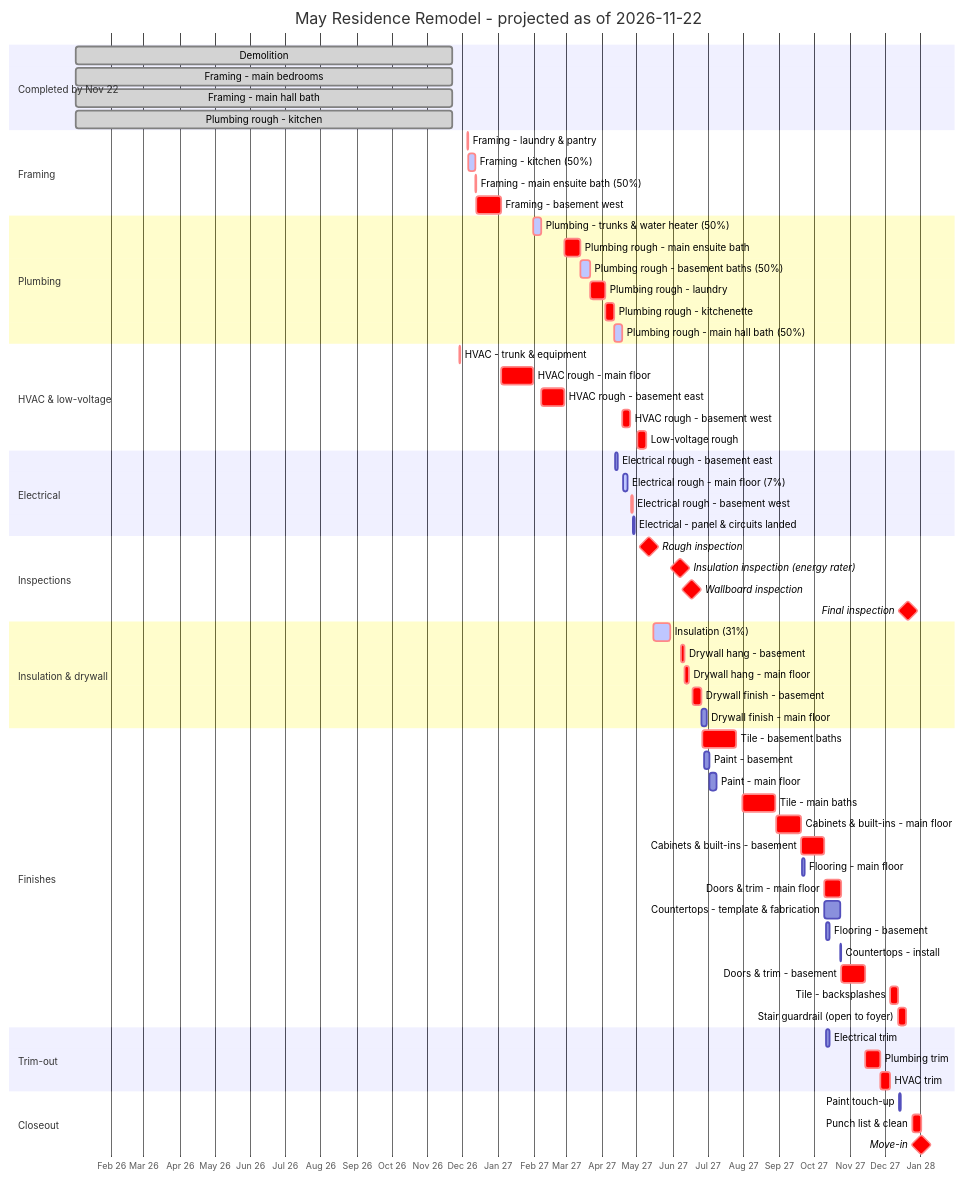
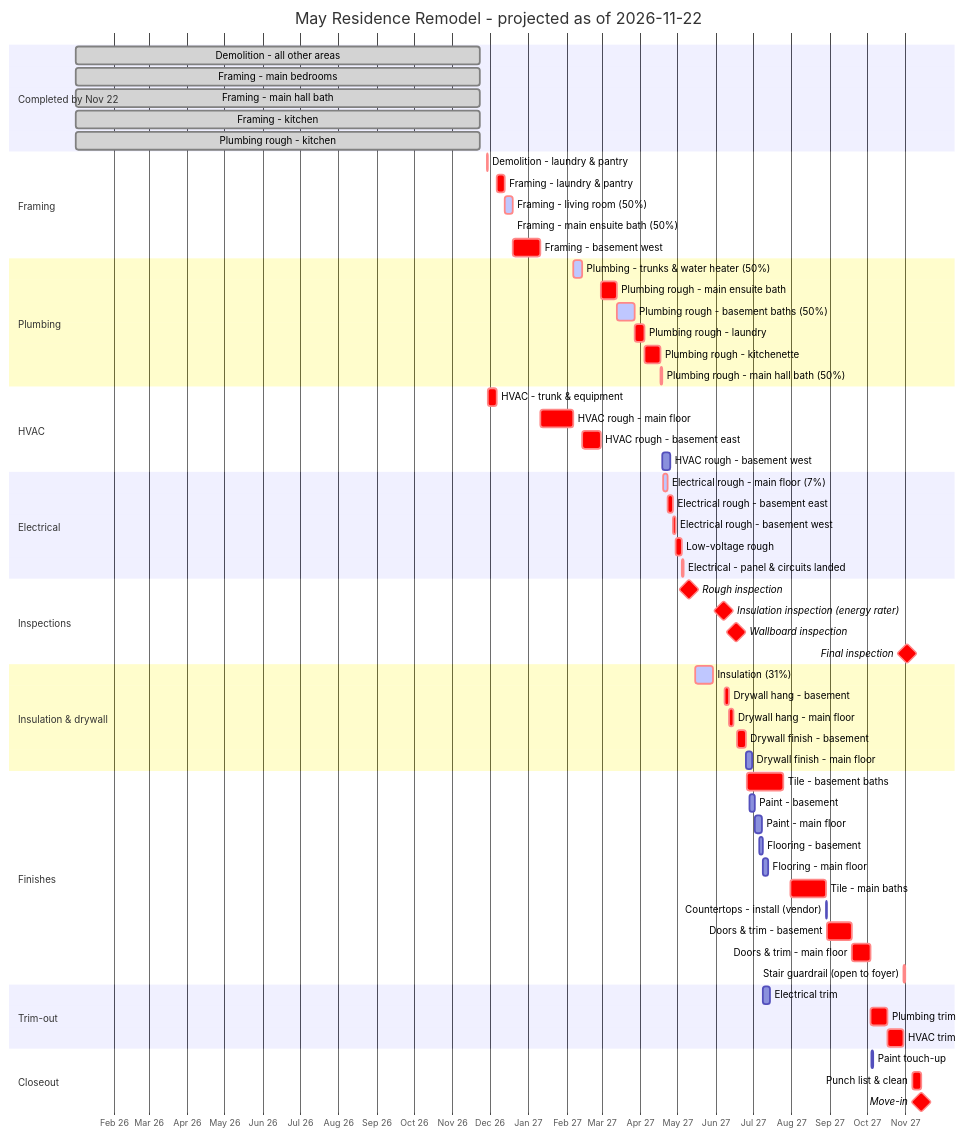
One commit to jsharkey/billings changed the diagram in SCHEDULE.md. Above: the diagram before and after it, drawn with Mermaid. The commit also changed other lines of this file and 3 other files, not shown here.

First line of the commit message:
Rescope: laundry demo, living room framing, low-voltage to electrician

````diff
--- a/SCHEDULE.md
+++ b/SCHEDULE.md
@@ -17,70 +17,68 @@
 ```mermaid
 gantt
     title May Residence Remodel - projected as of 2026-11-22
     dateFormat YYYY-MM-DD HH:mm
     axisFormat %b %y
     tickInterval 1month
     todayMarker off
     section Completed by Nov 22
-    Demolition :done, demo_all, 2026-01-01 08:00, 2026-11-22 16:00
+    Demolition - all other areas :done, demo_all, 2026-01-01 08:00, 2026-11-22 16:00
     Framing - main bedrooms :done, fram_main_beds, 2026-01-01 08:00, 2026-11-22 16:00
     Framing - main hall bath :done, fram_main_n_bath, 2026-01-01 08:00, 2026-11-22 16:00
+    Framing - kitchen :done, fram_main_kitchen, 2026-01-01 08:00, 2026-11-22 16:00
     Plumbing rough - kitchen :done, plum_main_kitchen, 2026-01-01 08:00, 2026-11-22 16:00
     section Framing
-    Framing - laundry & pantry :crit, fram_main_laundry, 2026-12-05 08:00, 2026-12-06 14:00
-    Framing - kitchen (50%) :active, crit, fram_main_kitchen, 2026-12-06 14:00, 2026-12-12 14:24
-    Framing - main ensuite bath (50%) :active, crit, fram_main_s_bath, 2026-12-12 14:24, 2026-12-13 12:00
-    Framing - basement west :crit, fram_bsmt_west, 2026-12-13 12:00, 2027-01-03 15:48
+    Demolition - laundry & pantry :crit, demo_main_laundry, 2026-11-28 08:00, 2026-11-29 10:00
+    Framing - laundry & pantry :crit, fram_main_laundry, 2026-12-06 10:00, 2026-12-12 16:00
+    Framing - living room (50%) :active, crit, fram_main_living, 2026-12-13 08:00, 2026-12-19 08:24
+    Framing - main ensuite bath (50%) :active, crit, fram_main_s_bath, 2026-12-19 08:24, 2026-12-19 14:00
+    Framing - basement west :crit, fram_bsmt_west, 2026-12-19 14:00, 2027-01-10 09:48
     section Plumbing
-    Plumbing - trunks & water heater (50%) :active, crit, plum_house, 2027-01-31 15:48, 2027-02-07 11:48
-    Plumbing rough - main ensuite bath :crit, plum_main_s_bath, 2027-02-27 11:48, 2027-03-13 09:48
-    Plumbing rough - basement baths (50%) :active, crit, plum_bsmt_baths, 2027-03-13 09:48, 2027-03-21 15:48
-    Plumbing rough - laundry :crit, plum_main_laundry, 2027-03-21 15:48, 2027-04-03 13:48
-    Plumbing rough - kitchenette :crit, plum_bsmt_kitchenette, 2027-04-03 13:48, 2027-04-11 11:48
-    Plumbing rough - main hall bath (50%) :active, crit, plum_main_n_bath, 2027-04-11 11:48, 2027-04-18 08:48
-    section HVAC & low-voltage
-    HVAC - trunk & equipment :crit, hvac_house, 2026-11-28 08:00, 2026-11-29 16:00
-    HVAC rough - main floor :crit, hvac_main, 2027-01-03 15:48, 2027-01-31 15:48
-    HVAC rough - basement east :crit, hvac_bsmt_east, 2027-02-07 11:48, 2027-02-27 11:48
-    HVAC rough - basement west :crit, hvac_bsmt_west, 2027-04-18 08:48, 2027-04-25 12:48
-    Low-voltage rough :crit, lowv_all, 2027-05-01 08:00, 2027-05-09 10:00
+    Plumbing - trunks & water heater (50%) :active, crit, plum_house, 2027-02-06 13:48, 2027-02-13 09:48
+    Plumbing rough - main ensuite bath :crit, plum_main_s_bath, 2027-02-28 09:48, 2027-03-13 15:48
+    Plumbing rough - basement baths (50%) :active, crit, plum_bsmt_baths, 2027-03-13 15:48, 2027-03-27 13:48
+    Plumbing rough - laundry :crit, plum_main_laundry, 2027-03-27 13:48, 2027-04-04 11:48
+    Plumbing rough - kitchenette :crit, plum_bsmt_kitchenette, 2027-04-04 11:48, 2027-04-17 09:48
+    Plumbing rough - main hall bath (50%) :active, crit, plum_main_n_bath, 2027-04-17 09:48, 2027-04-18 14:48
+    section HVAC
+    HVAC - trunk & equipment :crit, hvac_house, 2026-11-29 10:00, 2026-12-06 10:00
+    HVAC rough - main floor :crit, hvac_main, 2027-01-10 09:48, 2027-02-06 13:48
+    HVAC rough - basement east :crit, hvac_bsmt_east, 2027-02-13 09:48, 2027-02-28 09:48
+    HVAC rough - basement west :hvac_bsmt_west, 2027-04-18 14:48, 2027-04-25 14:48
     section Electrical
-    Electrical rough - basement east :elec_bsmt_east, 2027-04-12 08:00, 2027-04-14 14:00
-    Electrical rough - main floor (7%) :active, elec_main, 2027-04-19 08:00, 2027-04-23 08:24
-    Electrical rough - basement west :crit, elec_bsmt_west, 2027-04-26 08:00, 2027-04-27 14:48
-    Electrical - panel & circuits landed :elec_panel, 2027-04-27 14:48, 2027-04-29 10:48
+    Electrical rough - main floor (7%) :active, crit, elec_main, 2027-04-19 08:00, 2027-04-23 08:24
+    Electrical rough - basement east :crit, elec_bsmt_east, 2027-04-23 08:24, 2027-04-27 14:24
+    Electrical rough - basement west :crit, elec_bsmt_west, 2027-04-27 14:24, 2027-04-29 13:12
+    Low-voltage rough :crit, lowv_all, 2027-04-29 13:12, 2027-05-04 15:12
+    Electrical - panel & circuits landed :crit, elec_panel, 2027-05-04 15:12, 2027-05-06 11:12
     section Inspections
-    Rough inspection :milestone, crit, insp_rough, 2027-05-11 12:00, 0d
+    Rough inspection :milestone, crit, insp_rough, 2027-05-10 12:00, 0d
     Insulation inspection (energy rater) :milestone, crit, insp_insl, 2027-06-07 12:00, 0d
     Wallboard inspection :milestone, crit, insp_board, 2027-06-17 12:00, 0d
-    Final inspection :milestone, crit, insp_final, 2027-12-21 12:00, 0d
+    Final inspection :milestone, crit, insp_final, 2027-11-02 12:00, 0d
     section Insulation & drywall
     Insulation (31%) :active, crit, insl_all, 2027-05-15 08:00, 2027-05-29 12:00
     Drywall hang - basement :crit, dryw_hang_bsmt, 2027-06-08 08:00, 2027-06-11 09:46
     Drywall hang - main floor :crit, dryw_hang_main, 2027-06-11 09:46, 2027-06-15 08:02
     Drywall finish - basement :crit, dryw_fin_bsmt, 2027-06-18 08:00, 2027-06-25 12:10
     Drywall finish - main floor :dryw_fin_main, 2027-06-25 12:10, 2027-06-30 12:38
     section Finishes
     Tile - basement baths :crit, tile_bsmt_baths, 2027-06-26 08:00, 2027-07-25 16:00
     Paint - basement :pant_bsmt, 2027-06-28 08:00, 2027-07-02 08:02
     Paint - main floor :pant_main, 2027-07-02 08:02, 2027-07-08 15:22
+    Flooring - basement :flor_bsmt, 2027-07-06 08:00, 2027-07-09 08:38
+    Flooring - main floor :flor_main, 2027-07-09 08:38, 2027-07-13 16:00
     Tile - main baths :crit, tile_main_baths, 2027-07-31 08:00, 2027-08-28 16:00
-    Cabinets & built-ins - main floor :crit, cabs_main, 2027-08-29 08:00, 2027-09-19 12:00
-    Cabinets & built-ins - basement :crit, cabs_bsmt, 2027-09-19 12:00, 2027-10-09 12:00
-    Flooring - main floor :flor_main, 2027-09-20 08:00, 2027-09-22 15:22
-    Doors & trim - main floor :crit, trim_main, 2027-10-09 12:00, 2027-10-24 13:46
-    Countertops - template & fabrication :ctop_fab, 2027-10-09 16:00, 2027-10-23 16:00
-    Flooring - basement :flor_bsmt, 2027-10-11 08:00, 2027-10-14 08:38
-    Countertops - install :ctop_install, 2027-10-23 16:00, 2027-10-24 16:00
-    Doors & trim - basement :crit, trim_bsmt, 2027-10-24 13:46, 2027-11-14 09:55
-    Tile - backsplashes :crit, tile_backsplash, 2027-12-05 13:55, 2027-12-12 13:55
-    Stair guardrail (open to foyer) :crit, rail_stair, 2027-12-12 13:55, 2027-12-19 09:55
+    Countertops - install (vendor) :ctop_install, 2027-08-28 16:00, 2027-08-29 16:00
+    Doors & trim - basement :crit, trim_bsmt, 2027-08-29 08:00, 2027-09-18 12:10
+    Doors & trim - main floor :crit, trim_main, 2027-09-18 12:10, 2027-10-03 13:55
+    Stair guardrail (open to foyer) :crit, rail_stair, 2027-10-30 09:55, 2027-10-31 13:55
     section Trim-out
-    Electrical trim :elec_trim, 2027-10-11 08:00, 2027-10-14 15:36
-    Plumbing trim :crit, plum_trim, 2027-11-14 09:55, 2027-11-27 13:55
-    HVAC trim :crit, hvac_trim, 2027-11-27 13:55, 2027-12-05 13:55
+    Electrical trim :elec_trim, 2027-07-09 08:00, 2027-07-14 15:36
+    Plumbing trim :crit, plum_trim, 2027-10-03 13:55, 2027-10-17 09:55
+    HVAC trim :crit, hvac_trim, 2027-10-17 09:55, 2027-10-30 09:55
     section Closeout
-    Paint touch-up :pant_touchup, 2027-12-13 08:00, 2027-12-14 16:00
-    Punch list & clean :crit, punch_clean, 2027-12-25 08:00, 2028-01-01 16:00
-    Move-in :milestone, crit, mile_movein, 2028-01-01 16:00, 0d
+    Paint touch-up :pant_touchup, 2027-10-04 08:00, 2027-10-05 16:00
+    Punch list & clean :crit, punch_clean, 2027-11-06 08:00, 2027-11-13 16:00
+    Move-in :milestone, crit, mile_movein, 2027-11-13 16:00, 0d
 ```
````
